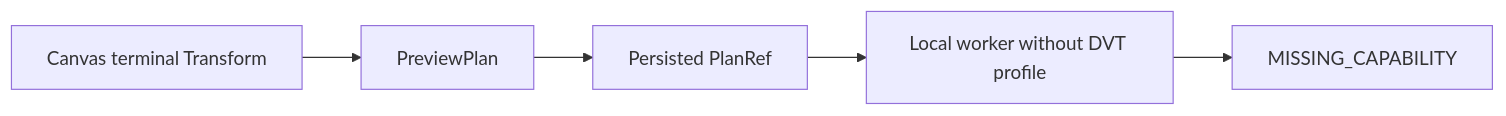
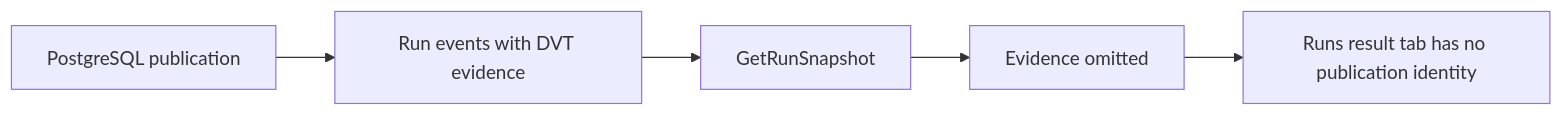
One commit to dunay2/dvt changed the first of 2 diagrams in docs/planning/proposals/mandatory/frontend-and-ux/gh-3021-dvt-preview-run-live-plan-20260915.md. Above: the diagram before and after it, drawn with Mermaid. The commit also changed other lines of this file and 14 other files, not shown here.

Commit message:
feat(web): Show DVT PostgreSQL run evidence (#3196)

````diff
--- a/docs/planning/proposals/mandatory/frontend-and-ux/gh-3021-dvt-preview-run-live-plan-20260915.md
+++ b/docs/planning/proposals/mandatory/frontend-and-ux/gh-3021-dvt-preview-run-live-plan-20260915.md
@@ -27,7 +28,7 @@
 ```mermaid
 flowchart LR
-  A[Canvas terminal Transform] --> B[PreviewPlan]
-  B --> C[Persisted PlanRef]
-  C --> D[Local worker without DVT profile]
-  D --> E[MISSING_CAPABILITY]
+  A[PostgreSQL publication] --> B[Run events with DVT evidence]
+  B --> C[GetRunSnapshot]
+  C --> D[Evidence omitted]
+  D --> E[Runs result tab has no publication identity]
 ```
````
